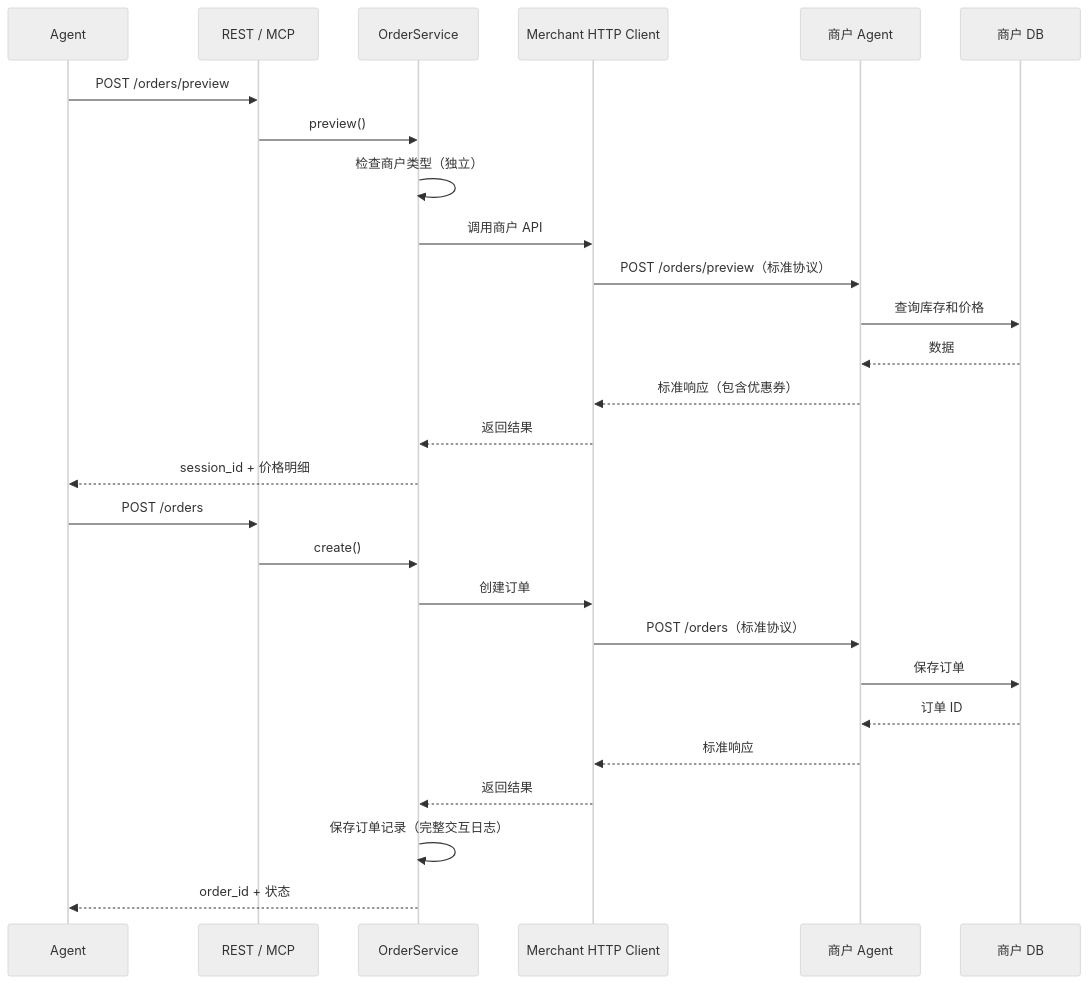
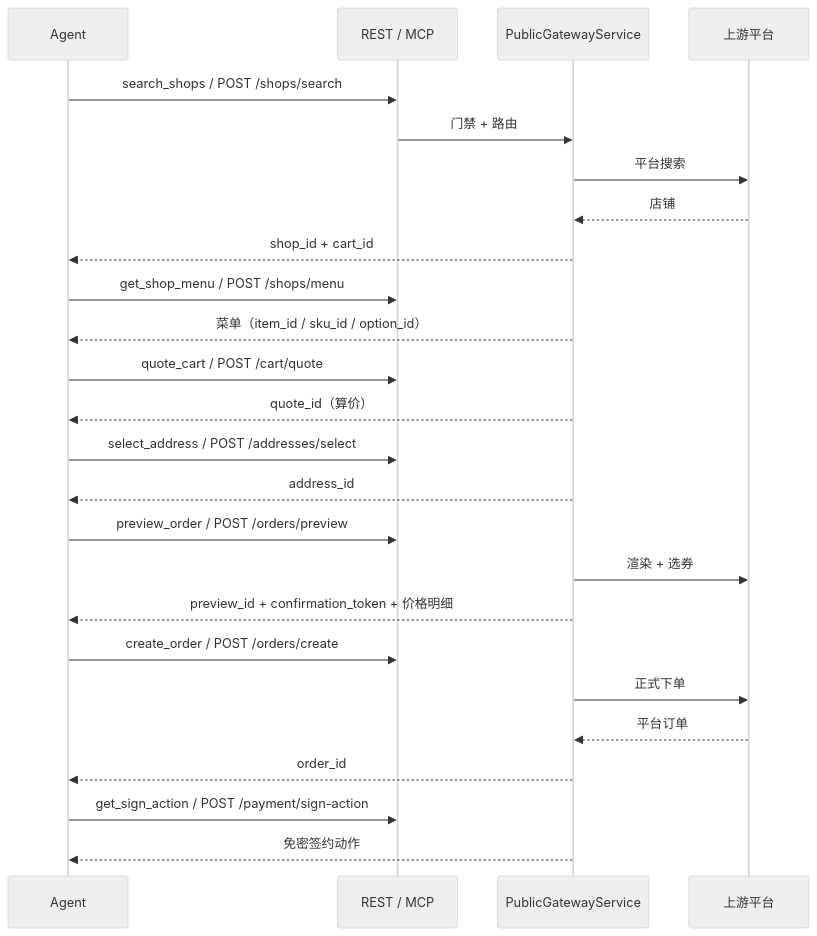
The third of 3 diagrams in gateway/architecture.mdx (clawdot/docs), drawn with Mermaid (neutral theme) before and after one commit. The commit also changed other lines of this file and 96 other files, not shown here.

First line of the commit message:
docs(api): 接入契约文档对齐代码 + MCP 独立 tab (批次1)

````diff
--- a/gateway/architecture.mdx
+++ b/gateway/architecture.mdx
@@ -279,31 +131,34 @@
 ```mermaid
 sequenceDiagram
   participant Agent
-  participant Gateway as REST / MCP
-  participant Order as OrderService
-  participant MerchantClient as Merchant HTTP Client
-  participant Merchant as 商户 Agent
-  participant MerchantDB as 商户 DB
+  participant GW as REST / MCP
+  participant Svc as PublicGatewayService
+  participant Up as 上游平台
 
-  Agent->>Gateway: POST /orders/preview
-  Gateway->>Order: preview()
-  Order->>Order: 检查商户类型（独立）
-  Order->>MerchantClient: 调用商户 API
-  MerchantClient->>Merchant: POST /orders/preview（标准协议）
-  Merchant->>MerchantDB: 查询库存和价格
-  MerchantDB-->>Merchant: 数据
-  Merchant-->>MerchantClient: 标准响应（包含优惠券）
-  MerchantClient-->>Order: 返回结果
-  Order-->>Agent: session_id + 价格明细
+  Agent->>GW: search_shops / POST /shops/search
+  GW->>Svc: 门禁 + 路由
+  Svc->>Up: 平台搜索
+  Up-->>Svc: 店铺
+  Svc-->>Agent: shop_id + cart_id
 
-  Agent->>Gateway: POST /orders
-  Gateway->>Order: create()
-  Order->>MerchantClient: 创建订单
-  MerchantClient->>Merchant: POST /orders（标准协议）
-  Merchant->>MerchantDB: 保存订单
-  MerchantDB-->>Merchant: 订单 ID
-  Merchant-->>MerchantClient: 标准响应
-  MerchantClient-->>Order: 返回结果
-  Order->>Order: 保存订单记录（完整交互日志）
-  Order-->>Agent: order_id + 状态
+  Agent->>GW: get_shop_menu / POST /shops/menu
+  Svc-->>Agent: 菜单（item_id / sku_id / option_id）
+
+  Agent->>GW: quote_cart / POST /cart/quote
+  Svc-->>Agent: quote_id（算价）
+
+  Agent->>GW: select_address / POST /addresses/select
+  Svc-->>Agent: address_id
+
+  Agent->>GW: preview_order / POST /orders/preview
+  Svc->>Up: 渲染 + 选券
+  Svc-->>Agent: preview_id + confirmation_token + 价格明细
+
+  Agent->>GW: create_order / POST /orders/create
+  Svc->>Up: 正式下单
+  Up-->>Svc: 平台订单
+  Svc-->>Agent: order_id
+
+  Agent->>GW: get_sign_action / POST /payment/sign-action
+  Svc-->>Agent: 免密签约动作
 ```
````
